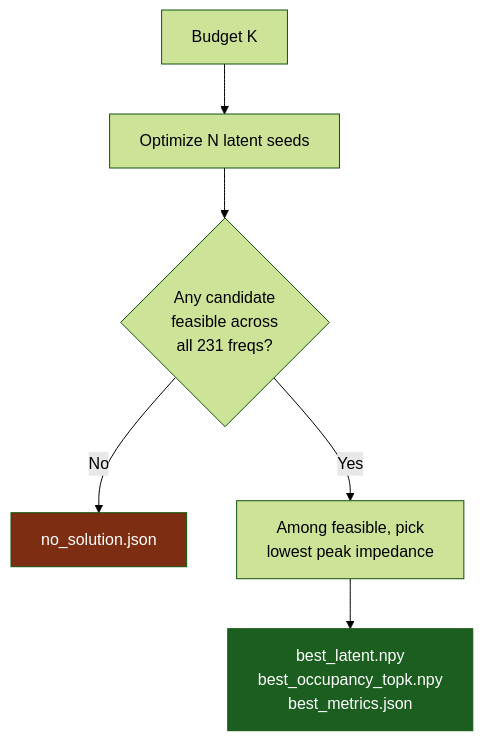
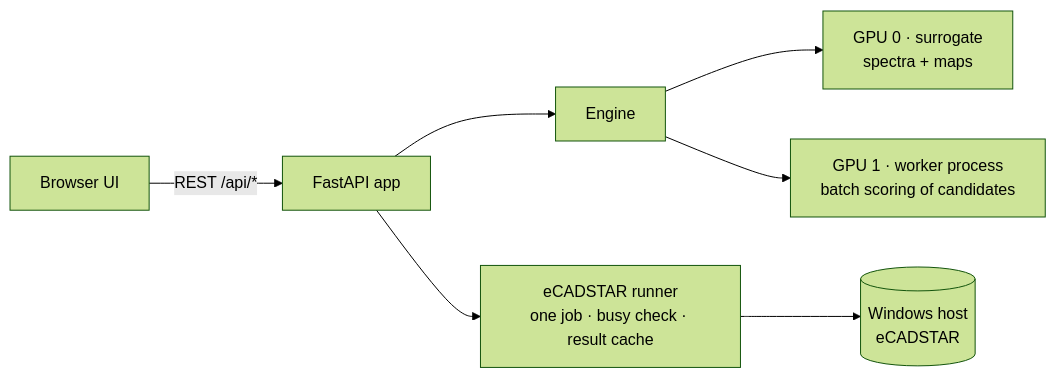
The second of 2 diagrams in README.md (kovarthanmuthusamy/pdn-genai-optimization), drawn with Mermaid (forest theme) before and after one commit. The commit also changed other lines of this file and 151 other files, not shown here.

````diff
--- a/README.md
+++ b/README.md
@@ -284,10 +96,9 @@
 ```mermaid
-flowchart TD
-    K["Budget K"] --> SEEDS["Optimize N latent seeds"]
-    SEEDS --> FEAS{"Any candidate<br/>feasible across<br/>all 231 freqs?"}
-    FEAS -- "No" --> NS["no_solution.json"]
-    FEAS -- "Yes" --> SEL["Among feasible, pick<br/>lowest peak impedance"]
-    SEL --> OUT["best_latent.npy<br/>best_occupancy_topk.npy<br/>best_metrics.json"]
-    style NS fill:#7c2d12,color:#fff
-    style OUT fill:#1b5e20,color:#fff
+flowchart LR
+    U["Browser UI"] -- "REST /api/*" --> S["FastAPI app"]
+    S --> E["Engine"]
+    E --> G0["GPU 0 · surrogate<br/>spectra + maps"]
+    E --> G1["GPU 1 · worker process<br/>batch scoring of candidates"]
+    S --> R["eCADSTAR runner<br/>one job · busy check · result cache"]
+    R --> W[("Windows host<br/>eCADSTAR")]
 ```
````
